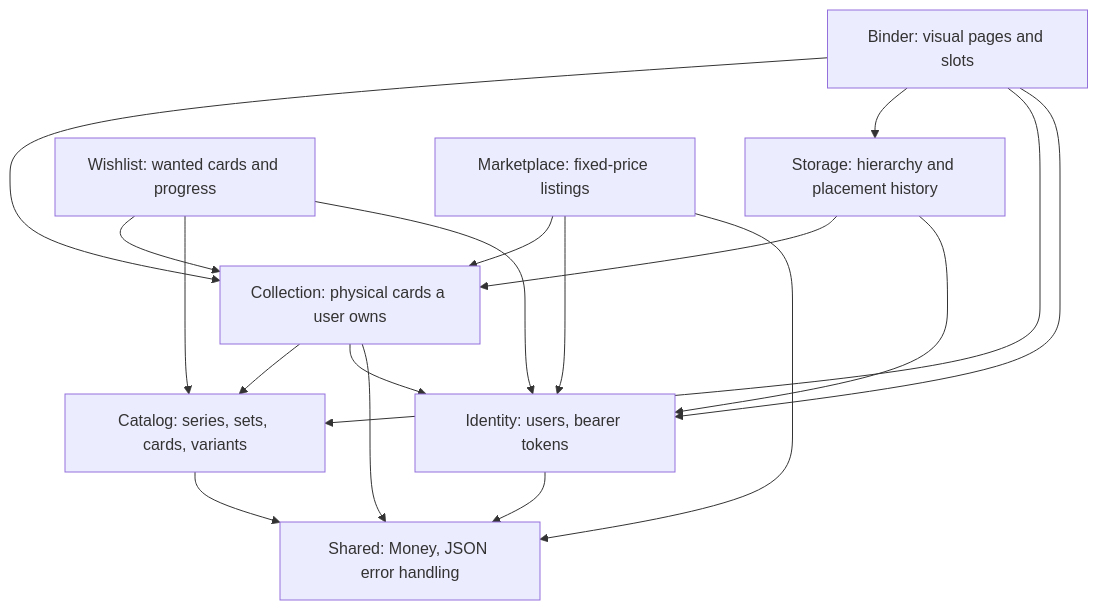
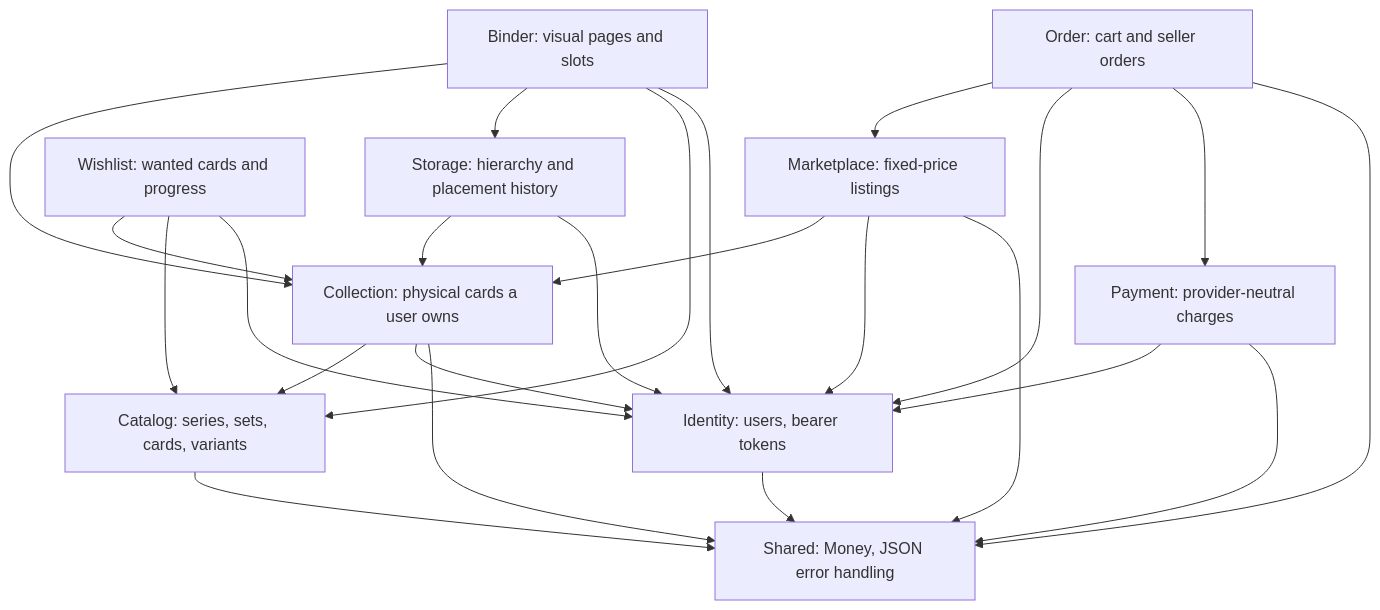
Before and after one commit to Jelmer-Ketelaar/CardNest: the third of 6 diagrams in docs/architecture.md, drawn with Mermaid. The commit also changed other lines of this file and 87 other files, not shown here.

````diff
--- a/docs/architecture.md
+++ b/docs/architecture.md
@@ -65,29 +65,37 @@
 ```mermaid
 flowchart TD
     Identity[Identity: users, bearer tokens]
     Catalog[Catalog: series, sets, cards, variants]
     Collection[Collection: physical cards a user owns]
     Storage[Storage: hierarchy and placement history]
     Binder[Binder: visual pages and slots]
     Wishlist[Wishlist: wanted cards and progress]
     Marketplace[Marketplace: fixed-price listings]
+    Order[Order: cart and seller orders]
+    Payment[Payment: provider-neutral charges]
     Shared[Shared: Money, JSON error handling]
 
     Collection --> Catalog
     Collection --> Identity
     Storage --> Collection
     Storage --> Identity
     Binder --> Collection
     Binder --> Storage
     Binder --> Catalog
     Binder --> Identity
     Wishlist --> Collection
     Wishlist --> Catalog
     Wishlist --> Identity
     Marketplace --> Collection
     Marketplace --> Identity
     Marketplace --> Shared
+    Order --> Marketplace
+    Order --> Identity
+    Order --> Payment
+    Order --> Shared
+    Payment --> Identity
+    Payment --> Shared
     Catalog --> Shared
     Collection --> Shared
     Identity --> Shared
 ```
````
